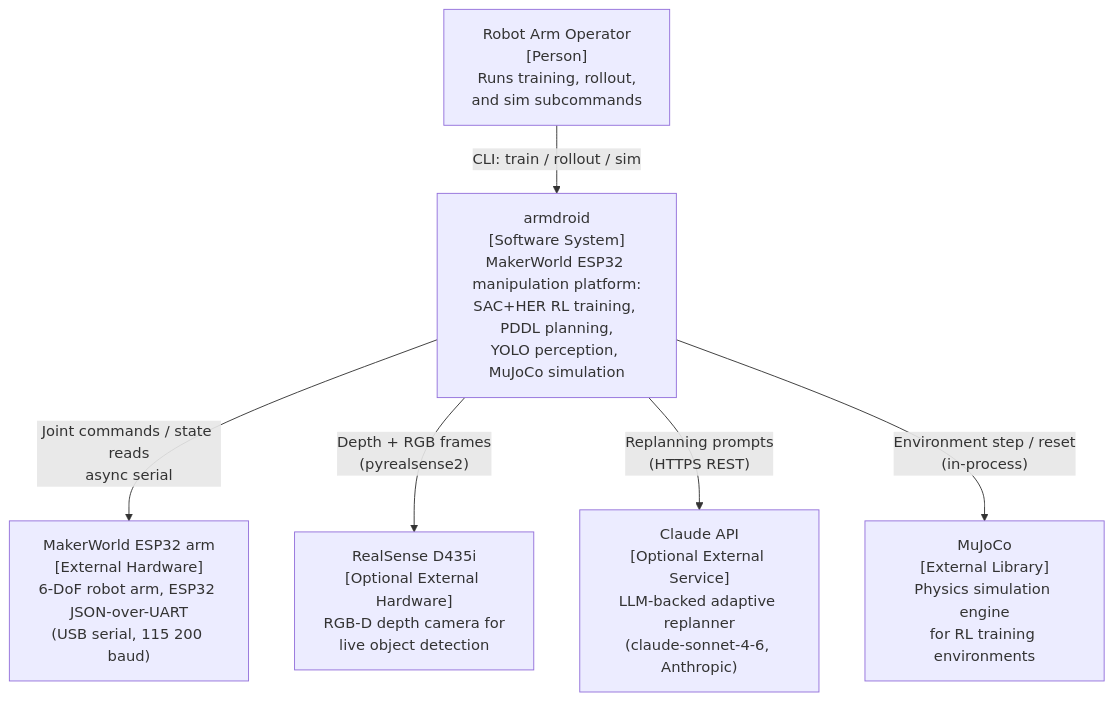
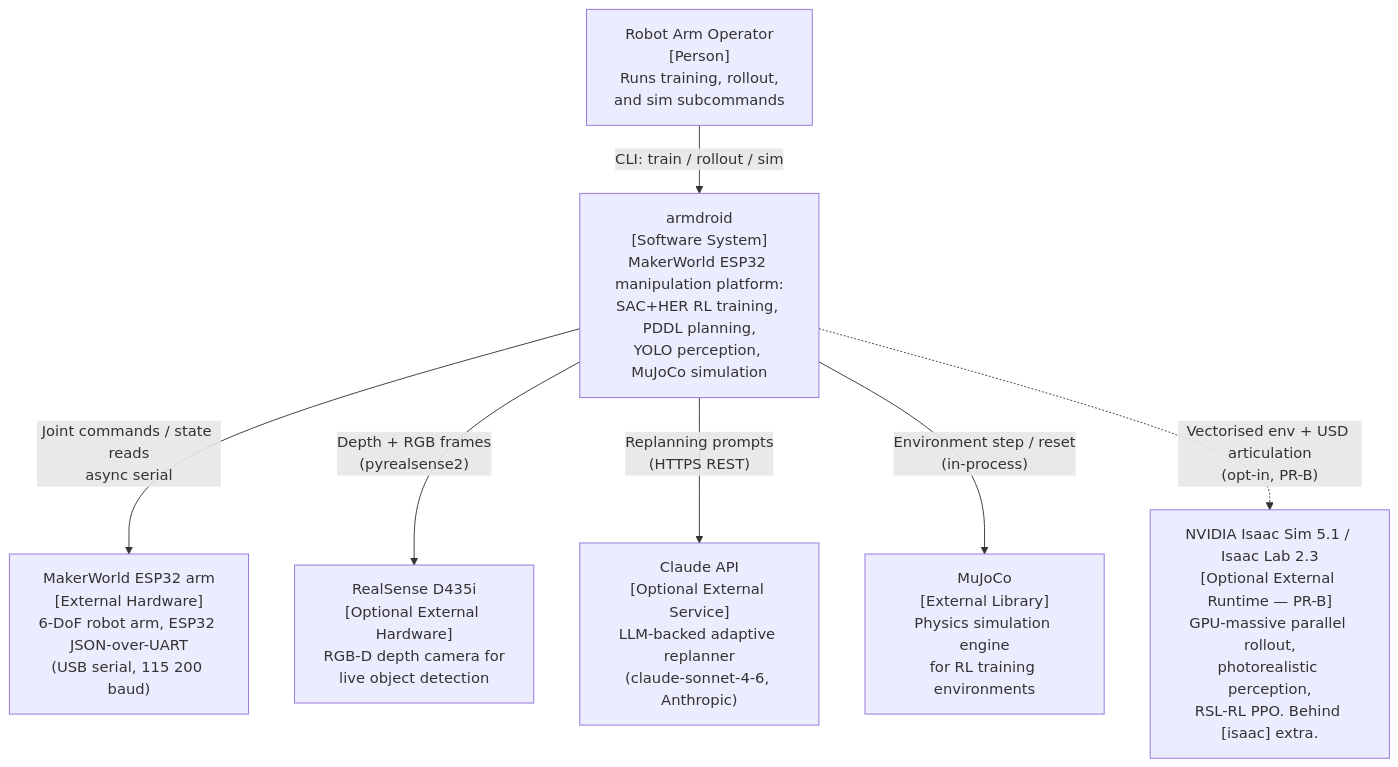
One commit to ianshank/Arm_Droid changed the first of 4 diagrams in docs/architecture/C4.md. Above: the diagram before and after it, drawn with Mermaid. The commit also changed other lines of this file and 5 other files, not shown here.

````diff
--- a/docs/architecture/C4.md
+++ b/docs/architecture/C4.md
@@ -19,20 +19,23 @@
 ```mermaid
 graph TD
     operator["Robot Arm Operator\n[Person]\nRuns training, rollout,\nand sim subcommands"]
 
     armdroid["armdroid\n[Software System]\nMakerWorld ESP32 manipulation platform:\nSAC+HER RL training, PDDL planning,\nYOLO perception, MuJoCo simulation"]
 
     arm["MakerWorld ESP32 arm\n[External Hardware]\n6-DoF robot arm, ESP32 JSON-over-UART\n(USB serial, 115 200 baud)"]
 
     camera["RealSense D435i\n[Optional External Hardware]\nRGB-D depth camera for\nlive object detection"]
 
     claude["Claude API\n[Optional External Service]\nLLM-backed adaptive replanner\n(claude-sonnet-4-6, Anthropic)"]
 
     mujoco["MuJoCo\n[External Library]\nPhysics simulation engine\nfor RL training environments"]
 
+    isaac["NVIDIA Isaac Sim 5.1 / Isaac Lab 2.3\n[Optional External Runtime — PR-B]\nGPU-massive parallel rollout,\nphotorealistic perception,\nRSL-RL PPO. Behind [isaac] extra."]
+
     operator -->|"CLI: train / rollout / sim"| armdroid
     armdroid -->|"Joint commands / state reads\nasync serial"| arm
     armdroid -->|"Depth + RGB frames\n(pyrealsense2)"| camera
     armdroid -->|"Replanning prompts\n(HTTPS REST)"| claude
     armdroid -->|"Environment step / reset\n(in-process)"| mujoco
+    armdroid -.->|"Vectorised env + USD articulation\n(opt-in, PR-B)"| isaac
 ```
````
